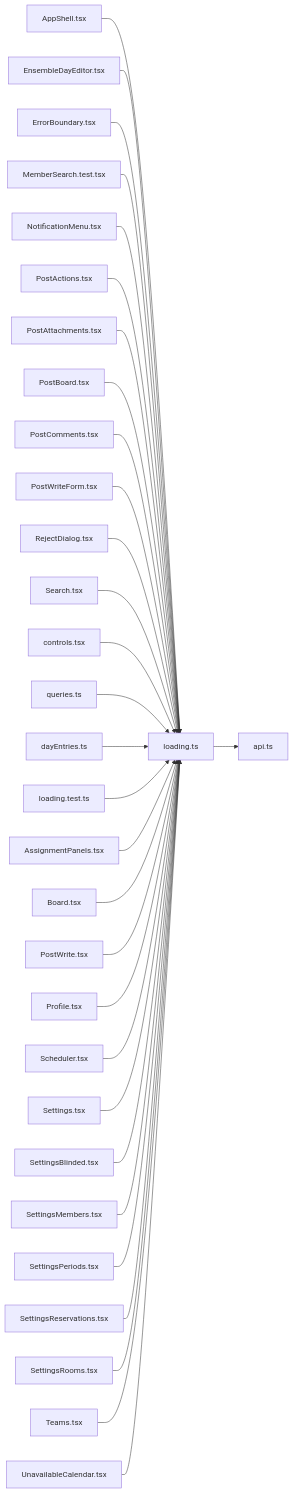
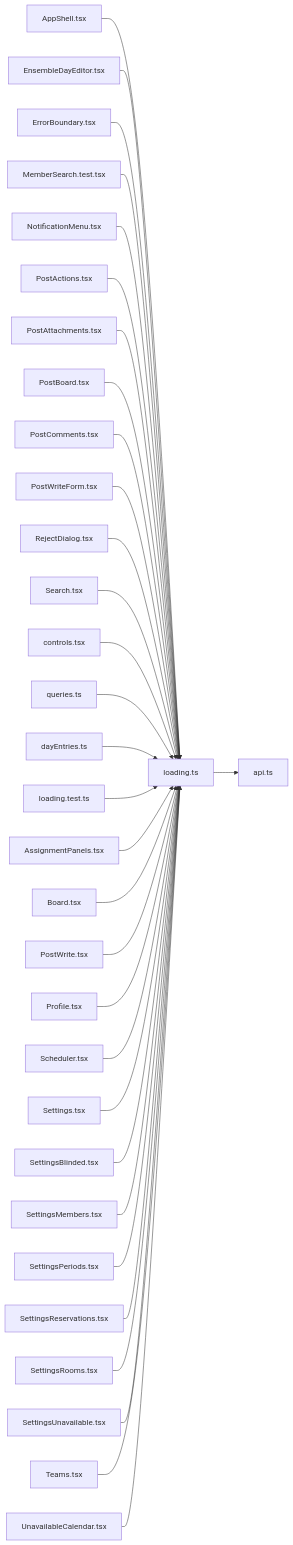
The diagram in .cluedoc/graph/frontend/src/lib/loading.md (minkong-dev/Banblit), drawn with Mermaid before and after one commit. The commit also changed other lines of this file and 49 other files, not shown here.

````diff
--- a/.cluedoc/graph/frontend/src/lib/loading.md
+++ b/.cluedoc/graph/frontend/src/lib/loading.md
@@ -10,34 +10,35 @@
 ```mermaid
 flowchart LR
   frontend_src_lib_loading["loading.ts"]
   frontend_src_lib_loading --> frontend_src_lib_api["api.ts"]
   frontend_src_components_AppShell["AppShell.tsx"] --> frontend_src_lib_loading
   frontend_src_components_EnsembleDayEditor["EnsembleDayEditor.tsx"] --> frontend_src_lib_loading
   frontend_src_components_ErrorBoundary["ErrorBoundary.tsx"] --> frontend_src_lib_loading
   frontend_src_components_MemberSearch_test["MemberSearch.test.tsx"] --> frontend_src_lib_loading
   frontend_src_components_NotificationMenu["NotificationMenu.tsx"] --> frontend_src_lib_loading
   frontend_src_components_PostActions["PostActions.tsx"] --> frontend_src_lib_loading
   frontend_src_components_PostAttachments["PostAttachments.tsx"] --> frontend_src_lib_loading
   frontend_src_components_PostBoard["PostBoard.tsx"] --> frontend_src_lib_loading
   frontend_src_components_PostComments["PostComments.tsx"] --> frontend_src_lib_loading
   frontend_src_components_PostWriteForm["PostWriteForm.tsx"] --> frontend_src_lib_loading
   frontend_src_components_RejectDialog["RejectDialog.tsx"] --> frontend_src_lib_loading
   frontend_src_components_Search["Search.tsx"] --> frontend_src_lib_loading
   frontend_src_components_controls["controls.tsx"] --> frontend_src_lib_loading
   frontend_src_components_queries["queries.ts"] --> frontend_src_lib_loading
   frontend_src_lib_dayEntries["dayEntries.ts"] --> frontend_src_lib_loading
   frontend_src_lib_loading_test["loading.test.ts"] --> frontend_src_lib_loading
   frontend_src_routes_AssignmentPanels["AssignmentPanels.tsx"] --> frontend_src_lib_loading
   frontend_src_routes_Board["Board.tsx"] --> frontend_src_lib_loading
   frontend_src_routes_PostWrite["PostWrite.tsx"] --> frontend_src_lib_loading
   frontend_src_routes_Profile["Profile.tsx"] --> frontend_src_lib_loading
   frontend_src_routes_Scheduler["Scheduler.tsx"] --> frontend_src_lib_loading
   frontend_src_routes_Settings["Settings.tsx"] --> frontend_src_lib_loading
   frontend_src_routes_SettingsBlinded["SettingsBlinded.tsx"] --> frontend_src_lib_loading
   frontend_src_routes_SettingsMembers["SettingsMembers.tsx"] --> frontend_src_lib_loading
   frontend_src_routes_SettingsPeriods["SettingsPeriods.tsx"] --> frontend_src_lib_loading
   frontend_src_routes_SettingsReservations["SettingsReservations.tsx"] --> frontend_src_lib_loading
   frontend_src_routes_SettingsRooms["SettingsRooms.tsx"] --> frontend_src_lib_loading
+  frontend_src_routes_SettingsUnavailable["SettingsUnavailable.tsx"] --> frontend_src_lib_loading
   frontend_src_routes_Teams["Teams.tsx"] --> frontend_src_lib_loading
   frontend_src_routes_UnavailableCalendar["UnavailableCalendar.tsx"] --> frontend_src_lib_loading
 ```
````
